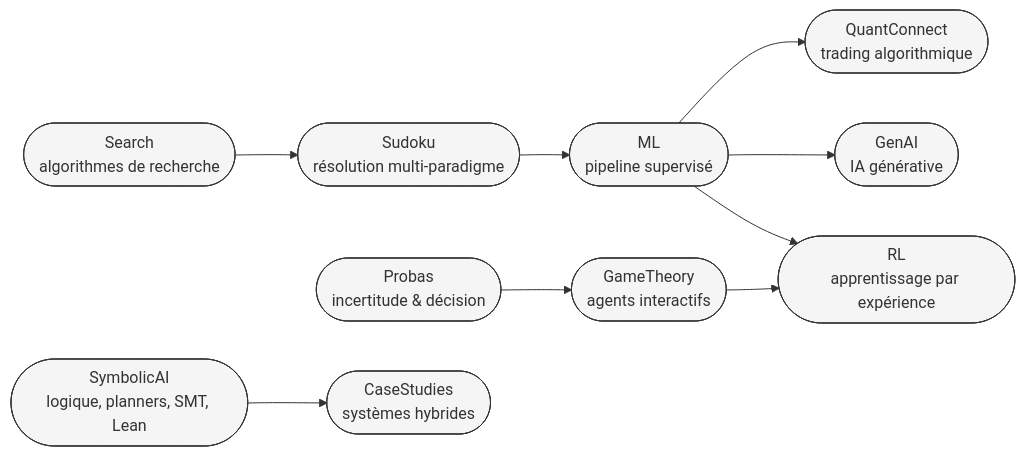
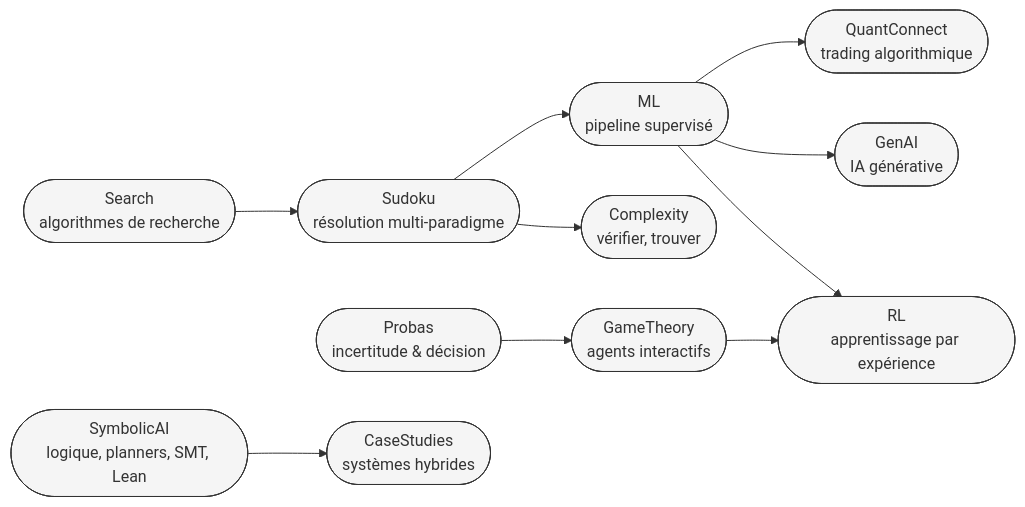
The first of 2 diagrams in README.md (jsboige/CoursIA), drawn with Mermaid before and after one commit. The commit also changed other lines of this file, not shown here.

````diff
--- a/README.md
+++ b/README.md
@@ -68,15 +73,16 @@
 ```mermaid
 flowchart LR
     Search(["Search<br/>algorithmes de recherche"]) --> Sudoku(["Sudoku<br/>résolution multi-paradigme"])
+    Sudoku --> Complexity(["Complexity<br/>vérifier, trouver"])
     Sudoku --> ML(["ML<br/>pipeline supervisé"])
     ML --> RL(["RL<br/>apprentissage par expérience"])
     ML --> GenAI(["GenAI<br/>IA générative"])
     ML --> QuantConnect(["QuantConnect<br/>trading algorithmique"])
     Probas(["Probas<br/>incertitude & décision"]) --> GameTheory(["GameTheory<br/>agents interactifs"])
     GameTheory --> RL
     SymbolicAI(["SymbolicAI<br/>logique, planners, SMT, Lean"]) --> CaseStudies(["CaseStudies<br/>systèmes hybrides"])
 
     %% color: explicite -- sans lui, libelle clair sur fond clair en mode sombre GitHub (#15022) ; ton parfois plus fonce que le stroke (le stroke en couleur de texte rendrait infer illisible) : ne pas harmoniser
     classDef track fill:#f5f5f5,stroke:#333,stroke-width:1px,color:#333;
-    class Search,Sudoku,ML,RL,Probas,GameTheory,SymbolicAI,CaseStudies,GenAI,QuantConnect track;
+    class Search,Sudoku,Complexity,ML,RL,Probas,GameTheory,SymbolicAI,CaseStudies,GenAI,QuantConnect track;
 ```
````
